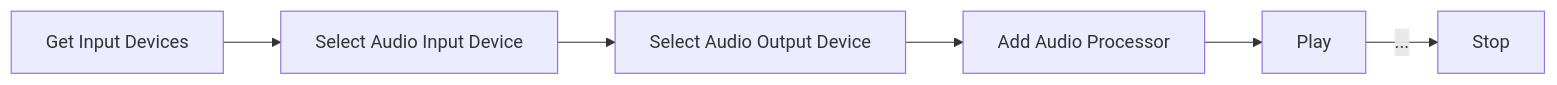
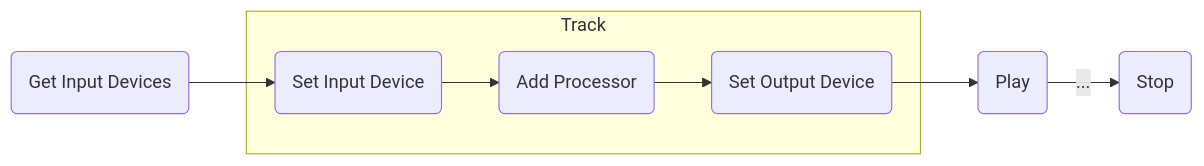
Before and after one commit to aidan-clyens/miniaudioengine: the sixth of 22 diagrams in docs/DESIGN_DOC.md, drawn with Mermaid. The commit also changed other lines of this file and 1 other file, not shown here.

````diff
--- a/docs/DESIGN_DOC.md
+++ b/docs/DESIGN_DOC.md
@@ -223,16 +215,20 @@
 ```mermaid
 flowchart LR
 
-    Step1["Get Input Devices"]
-    Step2["Select Audio Input Device"]
-    Step3["Select Audio Output Device"]
-    Step4["Add Audio Processor"]
-    Step5["Play"]
-    Step6["Stop"]
+    getInputDevices("Get Input Devices")
 
-    Step1 --> Step2
-    Step2 --> Step3
-    Step3 --> Step4
-    Step4 --> Step5
-    Step5 --> |...|Step6
+    subgraph Track
+        selectInputDevice("Set Input Device")
+        addProcessor("Add Processor")
+        selectOutputDevice("Set Output Device")
+    end
+
+    play("Play")
+    stop("Stop")
+
+    getInputDevices --> selectInputDevice
+    selectInputDevice --> addProcessor
+    addProcessor --> selectOutputDevice
+    selectOutputDevice --> play
+    play --> |...|stop
 ```
````
